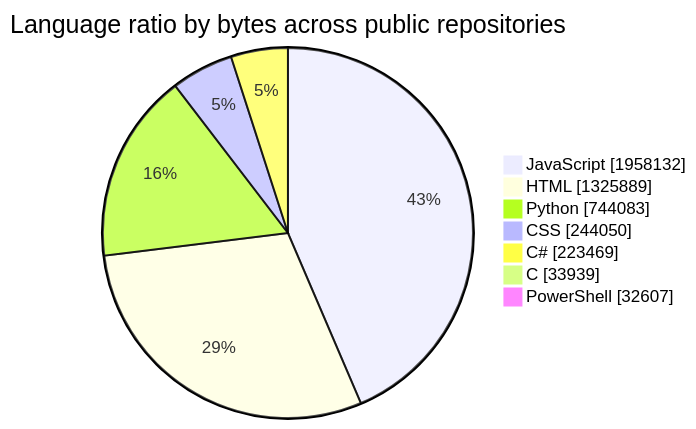
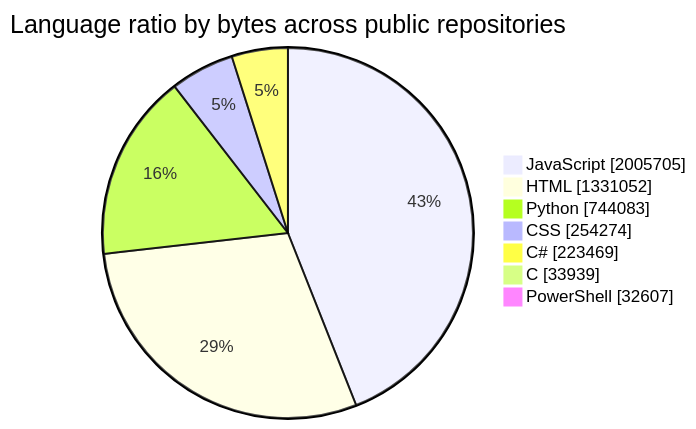
One commit to tchinso/tchinso changed the first of 2 diagrams in README.md. Above: the diagram before and after it, drawn with Mermaid. The commit also changed other lines of this file, not shown here.

````diff
--- a/README.md
+++ b/README.md
@@ -24,11 +24,11 @@
 ```mermaid
 pie showData
     title Language ratio by bytes across public repositories
-    "JavaScript" : 1958132
-    "HTML" : 1325889
+    "JavaScript" : 2005705
+    "HTML" : 1331052
     "Python" : 744083
-    "CSS" : 244050
+    "CSS" : 254274
     "C#" : 223469
     "C" : 33939
     "PowerShell" : 32607
 ```
````
